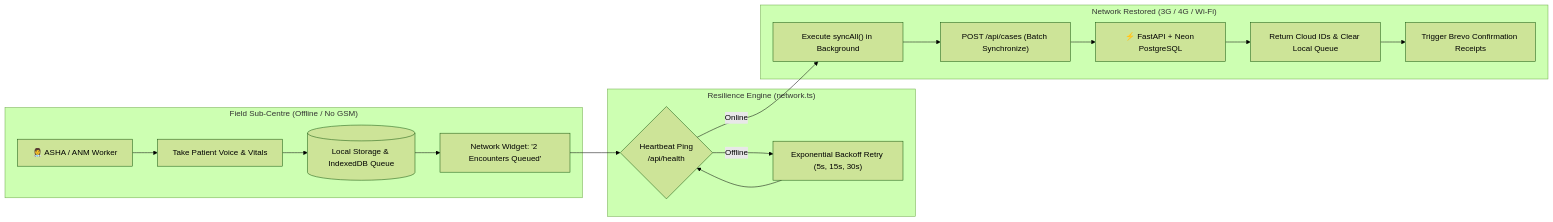
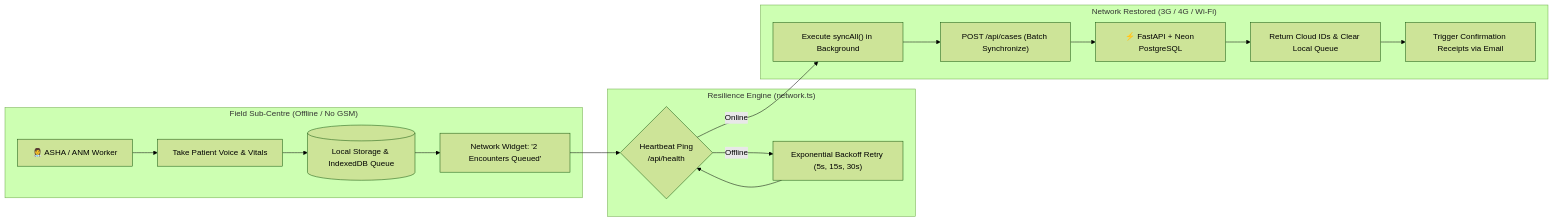
The ninth of 10 diagrams in README.md (Myparadox-creator/SwasthyaTriage-AI), drawn with Mermaid (forest theme) before and after one commit. The commit also changed other lines of this file and 1 other file, not shown here.

Commit message:
docs: comprehensive README update with clinical NLP, RAG, Evidence Ledger, AI evaluation runs, and multi-provider email diagrams

````diff
--- a/README.md
+++ b/README.md
@@ -258,23 +441,23 @@
 ```mermaid
 flowchart LR
     subgraph FIELD_OFFLINE["Field Sub-Centre (Offline / No GSM)"]
         ASHA_WORKER["👩‍⚕️ ASHA / ANM Worker"] --> FORM_INTAKE["Take Patient Voice & Vitals"]
         FORM_INTAKE --> LOCAL_INDEXED_DB[("Local Storage & IndexedDB Queue")]
         LOCAL_INDEXED_DB --> PENDING_BADGE["Network Widget: '2 Encounters Queued'"]
     end
 
     subgraph NETWORK_DETECTOR["Resilience Engine (network.ts)"]
         HEARTBEAT{"Heartbeat Ping<br/>/api/health"}
         PENDING_BADGE --> HEARTBEAT
         HEARTBEAT -- "Offline" --> BACKOFF["Exponential Backoff Retry (5s, 15s, 30s)"]
         BACKOFF --> HEARTBEAT
     end
 
     subgraph FIELD_ONLINE["Network Restored (3G / 4G / Wi-Fi)"]
         HEARTBEAT -- "Online" --> SYNC_EXEC["Execute syncAll() in Background"]
         SYNC_EXEC --> BATCH_POST["POST /api/cases (Batch Synchronize)"]
         BATCH_POST --> CLOUD_BACKEND["⚡ FastAPI + Neon PostgreSQL"]
         CLOUD_BACKEND --> CONFIRMATION["Return Cloud IDs & Clear Local Queue"]
-        CONFIRMATION --> DISPATCH_EMAIL["Trigger Brevo Confirmation Receipts"]
+        CONFIRMATION --> DISPATCH_EMAIL["Trigger Confirmation Receipts via Email"]
     end
 ```
````
